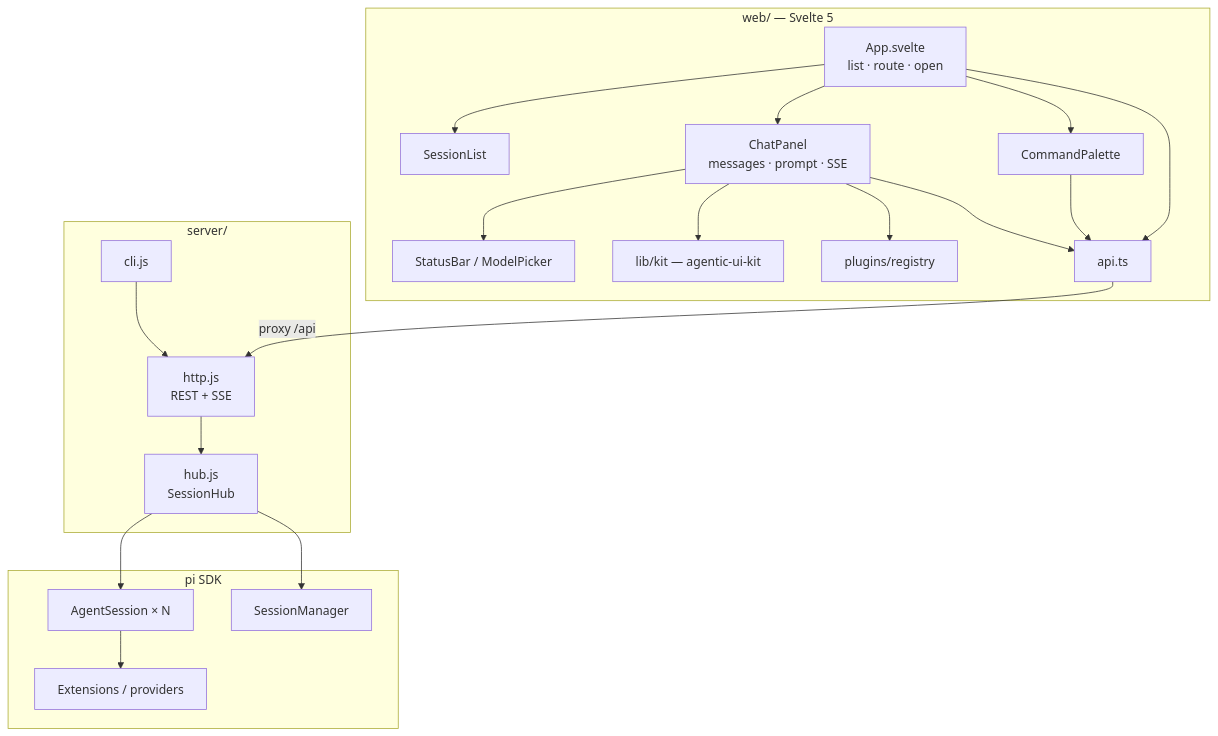
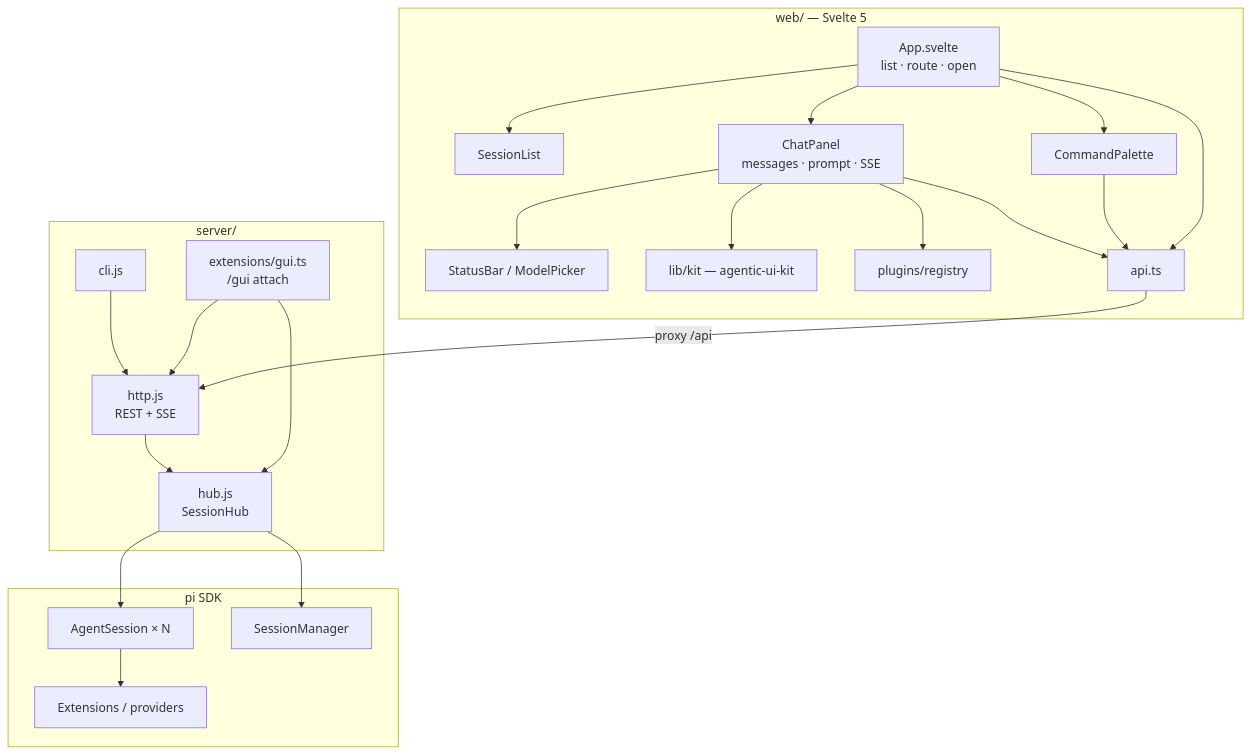
Before and after one commit to ankitchouhan1020/pi-gui-extension: the second of 4 diagrams in docs/architecture.md, drawn with Mermaid. The commit also changed other lines of this file and 174 other files, not shown here.

````diff
--- a/docs/architecture.md
+++ b/docs/architecture.md
@@ -27,34 +27,37 @@
 ```mermaid
 flowchart TB
   subgraph Web["web/ — Svelte 5"]
     App[App.svelte<br/>list · route · open]
     SL[SessionList]
     CP[ChatPanel<br/>messages · prompt · SSE]
     SB[StatusBar / ModelPicker]
     CMD[CommandPalette]
     API[api.ts]
     Kit[lib/kit — agentic-ui-kit]
     Plug[plugins/registry]
     App --> SL & CP & CMD
     CP --> SB & Kit & Plug
     App & CP & CMD --> API
   end
 
   subgraph Server["server/"]
     CLI[cli.js]
     HTTP[http.js<br/>REST + SSE]
     Hub[hub.js<br/>SessionHub]
+    ExtGui[extensions/gui.ts<br/>/gui attach]
     CLI --> HTTP --> Hub
+    ExtGui --> HTTP
+    ExtGui --> Hub
   end
 
   subgraph SDK_layer["pi SDK"]
     AS[AgentSession × N]
     SM[SessionManager]
     Ext[Extensions / providers]
   end
 
   API -->|proxy /api| HTTP
   Hub --> AS
   Hub --> SM
   AS --> Ext
 ```
````
